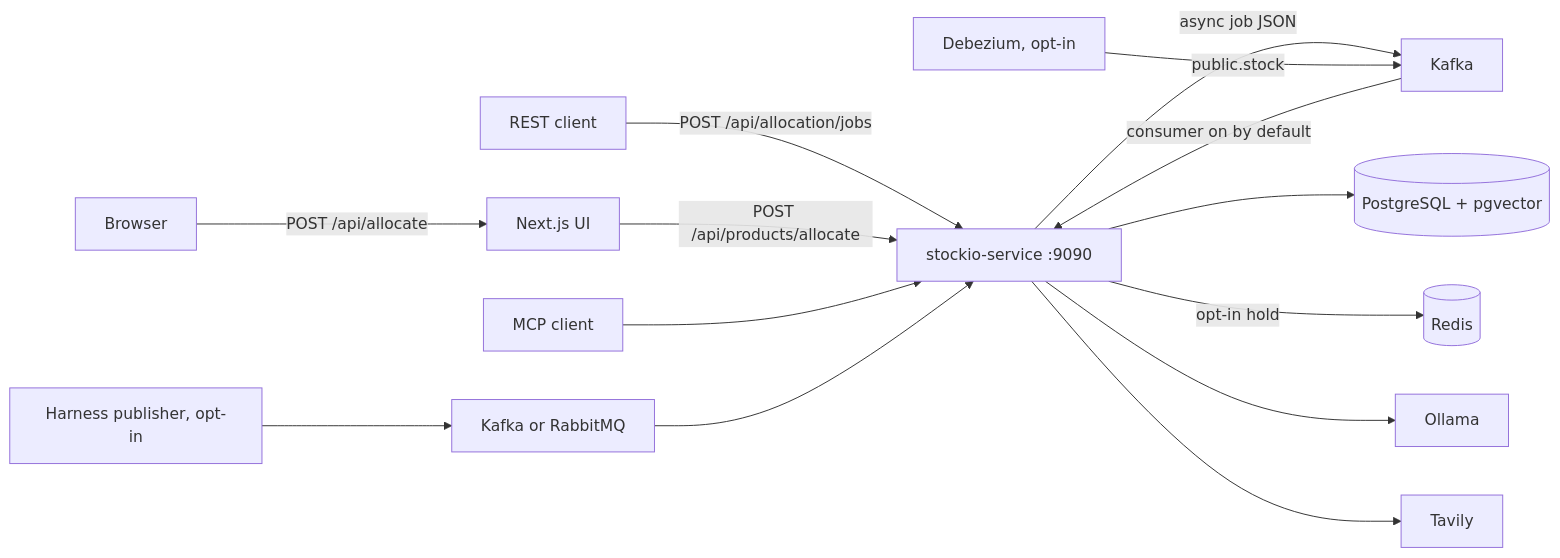
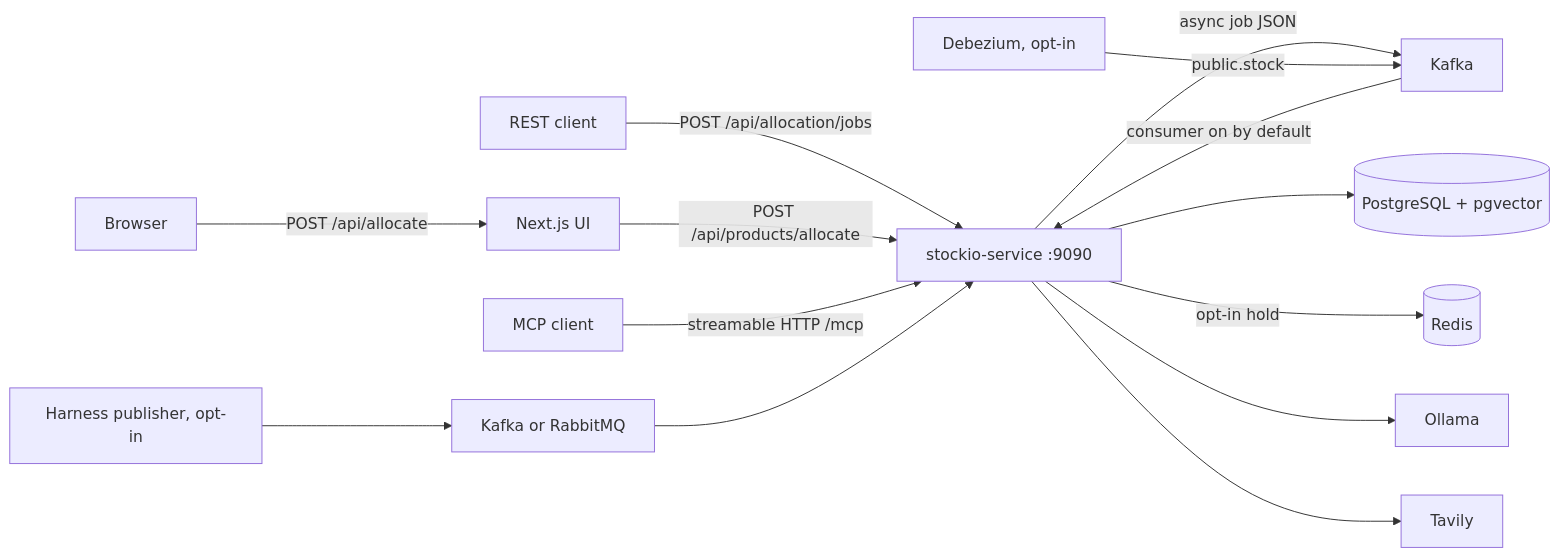
One commit to vriesjo/stockio changed the diagram in README.md. Above: the diagram before and after it, drawn with Mermaid. The commit also changed 37 other files, not shown here.

````diff
--- a/README.md
+++ b/README.md
@@ -42,16 +42,16 @@
 ```mermaid
 flowchart LR
     Client["REST client"] -->|"POST /api/allocation/jobs"| Service["stockio-service :9090"]
     Browser["Browser"] -->|"POST /api/allocate"| UI["Next.js UI"]
     UI -->|"POST /api/products/allocate"| Service
-    Agent["MCP client"] --> Service
+    Agent["MCP client"] -->|"streamable HTTP /mcp"| Service
     Service -->|"async job JSON"| Kafka["Kafka"]
     Kafka -->|"consumer on by default"| Service
     Publisher["Harness publisher, opt-in"] --> Rabbit["Kafka or RabbitMQ"]
     Rabbit --> Service
     Service --> DB[("PostgreSQL + pgvector")]
     Service -->|"opt-in hold"| Redis[("Redis")]
     Debezium["Debezium, opt-in"] -->|"public.stock"| Kafka
     Service --> Ollama["Ollama"]
     Service --> Tavily["Tavily"]
 ```
````
